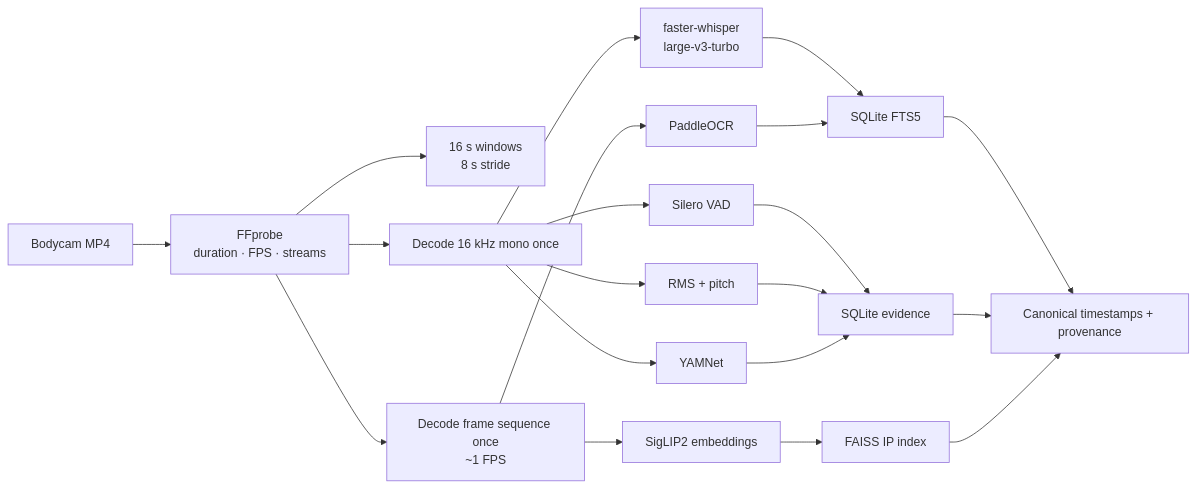
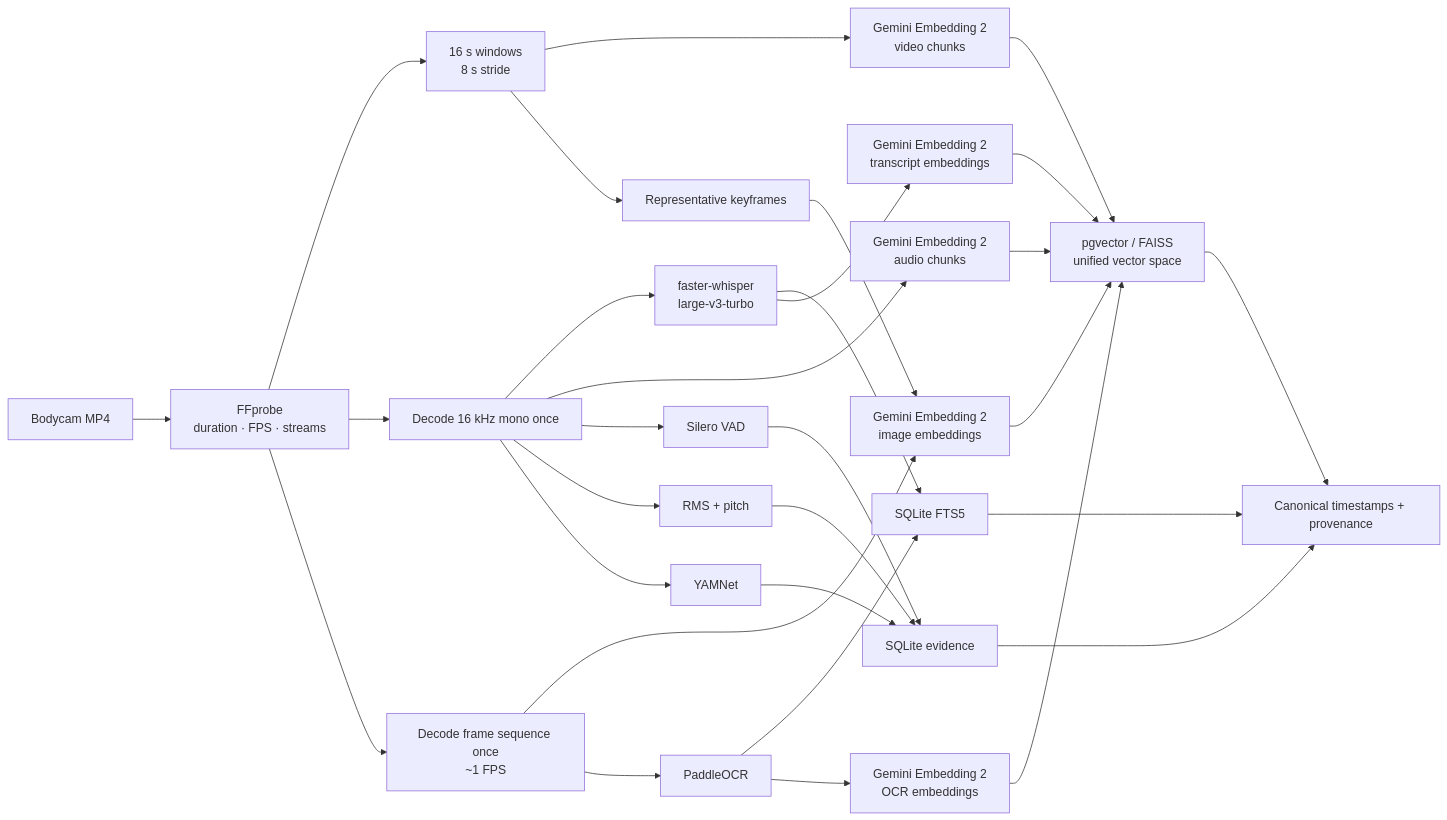
One commit to giaphoang/PatrolLens changed the third of 9 diagrams in SYSTEM_DESIGN.md. Above: the diagram before and after it, drawn with Mermaid. The commit also changed other lines of this file and 19 other files, not shown here.

First line of the commit message:
feat(embedding): Add Gemini Embedding 2 ingestion and retrieval

````diff
--- a/SYSTEM_DESIGN.md
+++ b/SYSTEM_DESIGN.md
@@ -85,24 +89,34 @@
 ```mermaid
 flowchart LR
     V["Bodycam MP4"] --> PROBE["FFprobe<br/>duration · FPS · streams"]
     PROBE --> SEG["16 s windows<br/>8 s stride"]
     PROBE --> AUDIO["Decode 16 kHz mono once"]
     PROBE --> FRAMES["Decode frame sequence once<br/>~1 FPS"]
 
+    SEG --> VIDEO_EMB["Gemini Embedding 2<br/>video chunks"]
+    SEG --> KEYFRAMES["Representative keyframes"]
     AUDIO --> ASR["faster-whisper<br/>large-v3-turbo"]
+    AUDIO --> AUDIO_EMB["Gemini Embedding 2<br/>audio chunks"]
     AUDIO --> VAD["Silero VAD"]
     AUDIO --> PROSODY["RMS + pitch"]
     AUDIO --> EVENTS["YAMNet"]
-    FRAMES --> VIS["SigLIP2 embeddings"]
+    FRAMES --> IMAGE_EMB["Gemini Embedding 2<br/>image embeddings"]
     FRAMES --> OCR["PaddleOCR"]
 
     ASR --> FTS["SQLite FTS5"]
+    ASR --> TEXT_EMB["Gemini Embedding 2<br/>transcript embeddings"]
     OCR --> FTS
+    OCR --> OCR_EMB["Gemini Embedding 2<br/>OCR embeddings"]
     VAD --> SQL["SQLite evidence"]
     PROSODY --> SQL
     EVENTS --> SQL
-    VIS --> FAISS["FAISS IP index"]
+    KEYFRAMES --> IMAGE_EMB
+    VIDEO_EMB --> VEC["pgvector / FAISS<br/>unified vector space"]
+    IMAGE_EMB --> VEC
+    AUDIO_EMB --> VEC
+    TEXT_EMB --> VEC
+    OCR_EMB --> VEC
     FTS --> META["Canonical timestamps + provenance"]
     SQL --> META
-    FAISS --> META
+    VEC --> META
 ```
````
